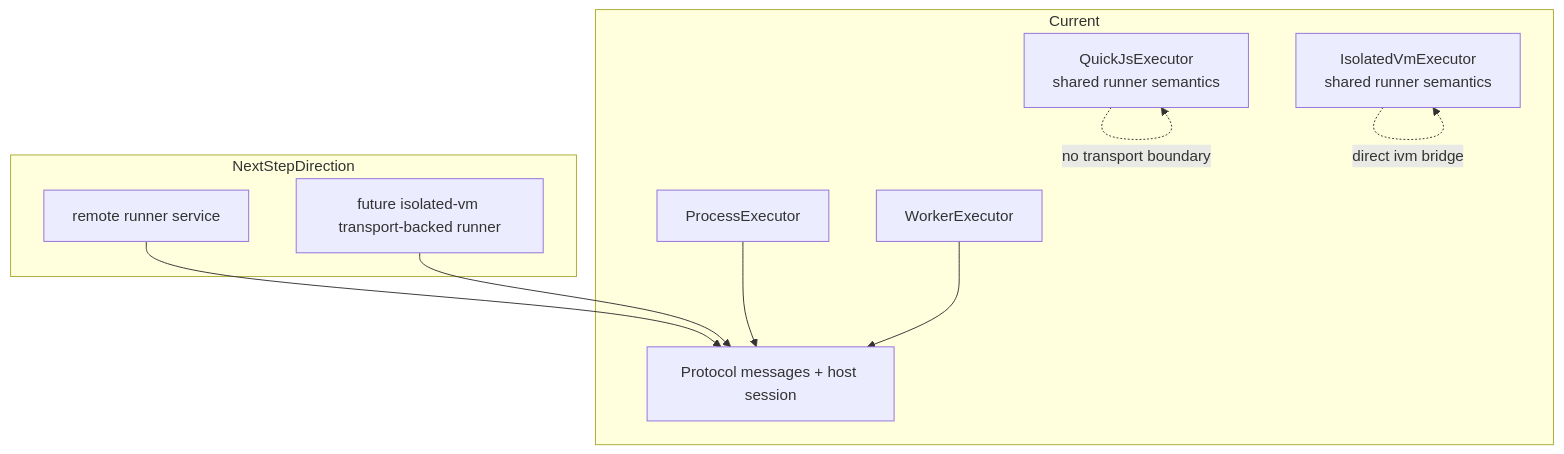
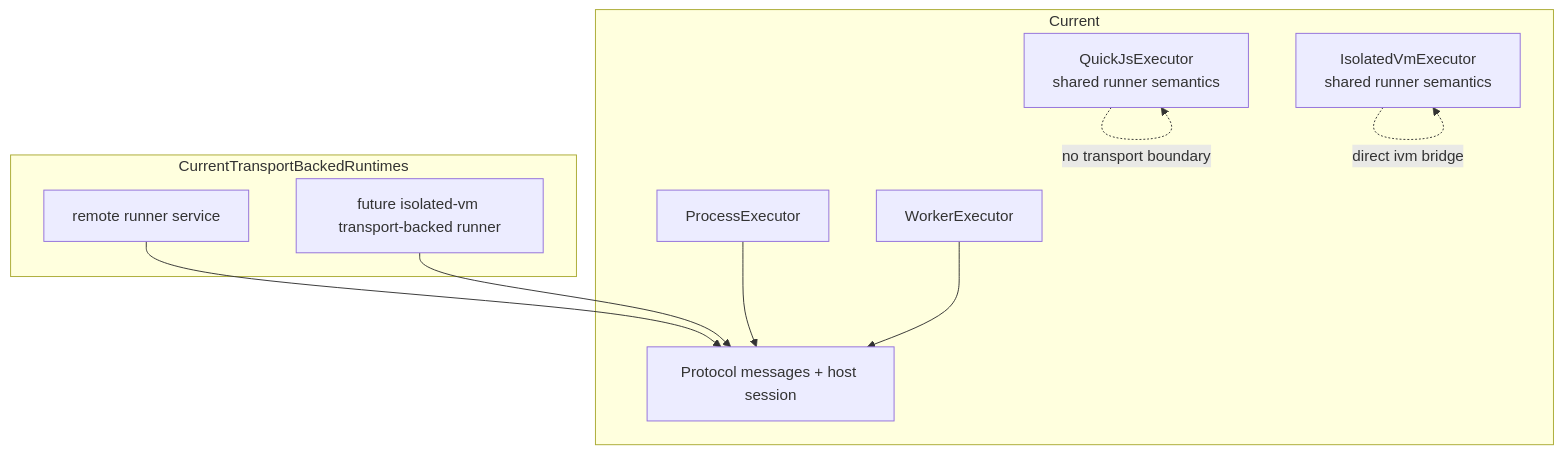
One commit to aallam/mcploom changed the third of 3 diagrams in docs/codexec/architecture/codexec-mcp-and-protocol.md. Above: the diagram before and after it, drawn with Mermaid. The commit also changed other lines of this file and 36 other files, not shown here.

````diff
--- a/docs/codexec/architecture/codexec-mcp-and-protocol.md
+++ b/docs/codexec/architecture/codexec-mcp-and-protocol.md
@@ -89,21 +90,21 @@
 ```mermaid
 flowchart TB
     subgraph Current
         C1["QuickJsExecutor<br/>shared runner semantics"]
         C2["ProcessExecutor"]
         C3["WorkerExecutor"]
         C4["IsolatedVmExecutor<br/>shared runner semantics"]
         P["Protocol messages + host session"]
         C2 --> P
         C3 --> P
         C1 -. no transport boundary .-> C1
         C4 -. direct ivm bridge .-> C4
     end
 
-    subgraph NextStepDirection
+    subgraph CurrentTransportBackedRuntimes
         N1["remote runner service"]
         N2["future isolated-vm transport-backed runner"]
         N1 --> P
         N2 --> P
     end
 ```
````
